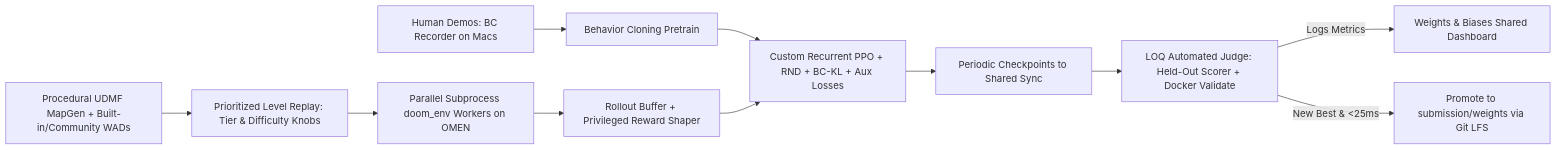
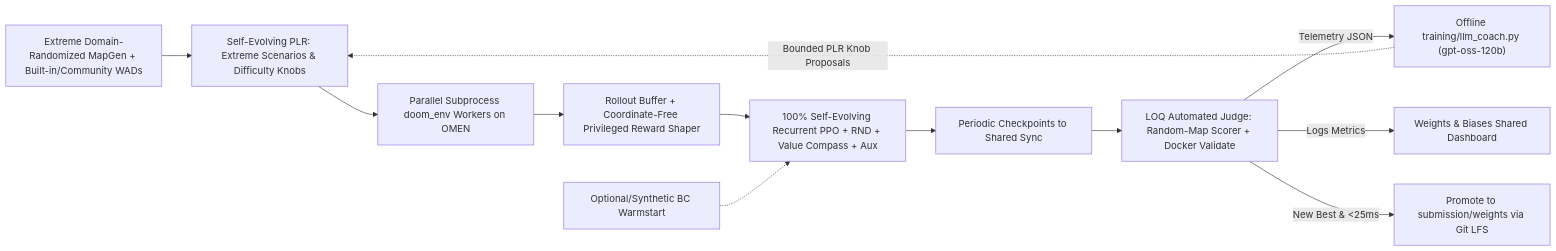
One commit to aryanbhojgaria/hahahaahahaha changed the second of 2 diagrams in Track1_DOOM_Game_Plan.md. Above: the diagram before and after it, drawn with Mermaid. The commit also changed other lines of this file and 68 other files, not shown here.

Commit message:
Milestone 1: sync devforge-doom-template 63b90c4, 3-person ego-compass/random-map plans, llm_coach .env setup, WSL2 uv+Docker bootstrap

````diff
--- a/Track1_DOOM_Game_Plan.md
+++ b/Track1_DOOM_Game_Plan.md
@@ -91,13 +91,14 @@
 ```mermaid
 flowchart LR
-    MAP["Procedural UDMF MapGen + Built-in/Community WADs"] --> PLR["Prioritized Level Replay: Tier & Difficulty Knobs"]
+    MAP["Extreme Domain-Randomized MapGen + Built-in/Community WADs"] --> PLR["Self-Evolving PLR: Extreme Scenarios & Difficulty Knobs"]
     PLR --> ENVS["Parallel Subprocess doom_env Workers on OMEN"]
-    DEMO["Human Demos: BC Recorder on Macs"] --> BC["Behavior Cloning Pretrain"]
-    BC --> PPO["Custom Recurrent PPO + RND + BC-KL + Aux Losses"]
-    ENVS --> BUF["Rollout Buffer + Privileged Reward Shaper"]
-    BUF --> PPO
+    ENVS --> BUF["Rollout Buffer + Coordinate-Free Privileged Reward Shaper"]
+    BUF --> PPO["100% Self-Evolving Recurrent PPO + RND + Value Compass + Aux"]
+    OPT["Optional/Synthetic BC Warmstart"] -.-> PPO
     PPO --> CKPT["Periodic Checkpoints to Shared Sync"]
-    CKPT --> JUDGE["LOQ Automated Judge: Held-Out Scorer + Docker Validate"]
+    CKPT --> JUDGE["LOQ Automated Judge: Random-Map Scorer + Docker Validate"]
+    JUDGE -->|"Telemetry JSON"| COACH["Offline training/llm_coach.py (gpt-oss-120b)"]
+    COACH -.->|"Bounded PLR Knob Proposals"| PLR
     JUDGE -->|"Logs Metrics"| WB["Weights & Biases Shared Dashboard"]
     JUDGE -->|"New Best & <25ms"| PROMOTE["Promote to submission/weights via Git LFS"]
 ```
````
